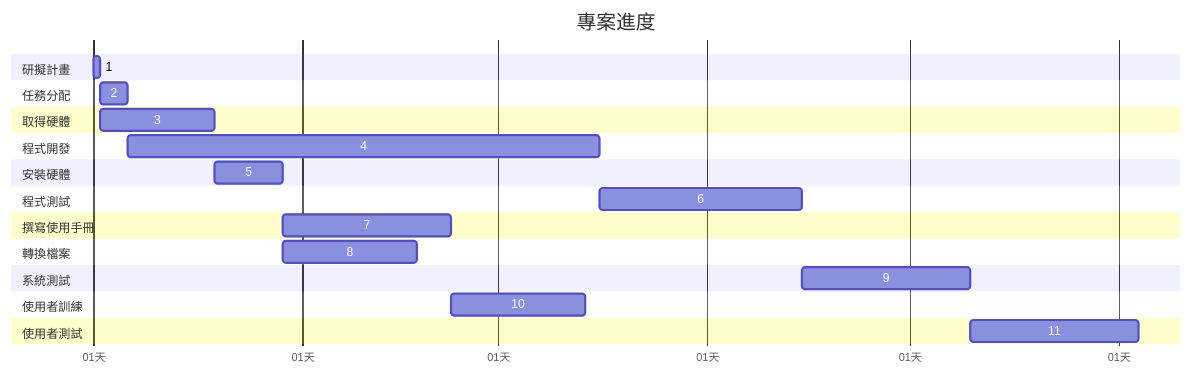
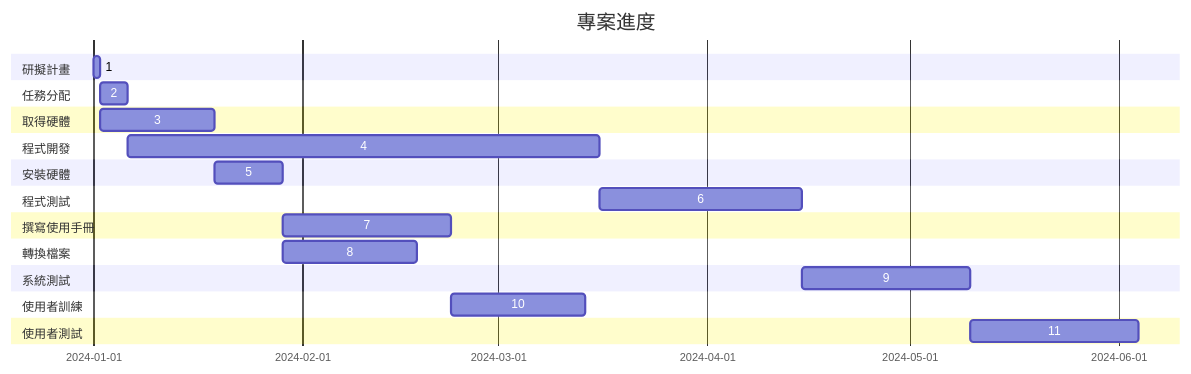
Before and after one commit to C111118235/hw2: the diagram in hw2.md, drawn with Mermaid.

````diff
--- a/hw2.md
+++ b/hw2.md
@@ -2,38 +2,38 @@
 ```mermaid
 gantt
     title 專案進度
-    dateFormat X
-    axisFormat  %d天
+    dateFormat YYYY-MM-DD
+
     section 研擬計畫
     1    :des1, 2024-01-01, 1d
 
     section 任務分配
     2    :des2, after des1, 4d
 
     section 取得硬體
     3    :des3, after des1, 17d
 
     section 程式開發
     4    :des4, after des2, 70d
 
     section 安裝硬體
     5    :des5, after des3, 10d
 
     section 程式測試
     6    :des6, after des4, 30d
 
     section 撰寫使用手冊
     7    :des7, after des5, 25d
 
     section 轉換檔案
     8    :des8, after des5, 20d
 
     section 系統測試
     9    :des9, after des6, 25d
 
     section 使用者訓練
     10   :des10, after des7 des8, 20d
 
     section 使用者測試
     11   :des11, after des9 des10, 25d
 ```
````
